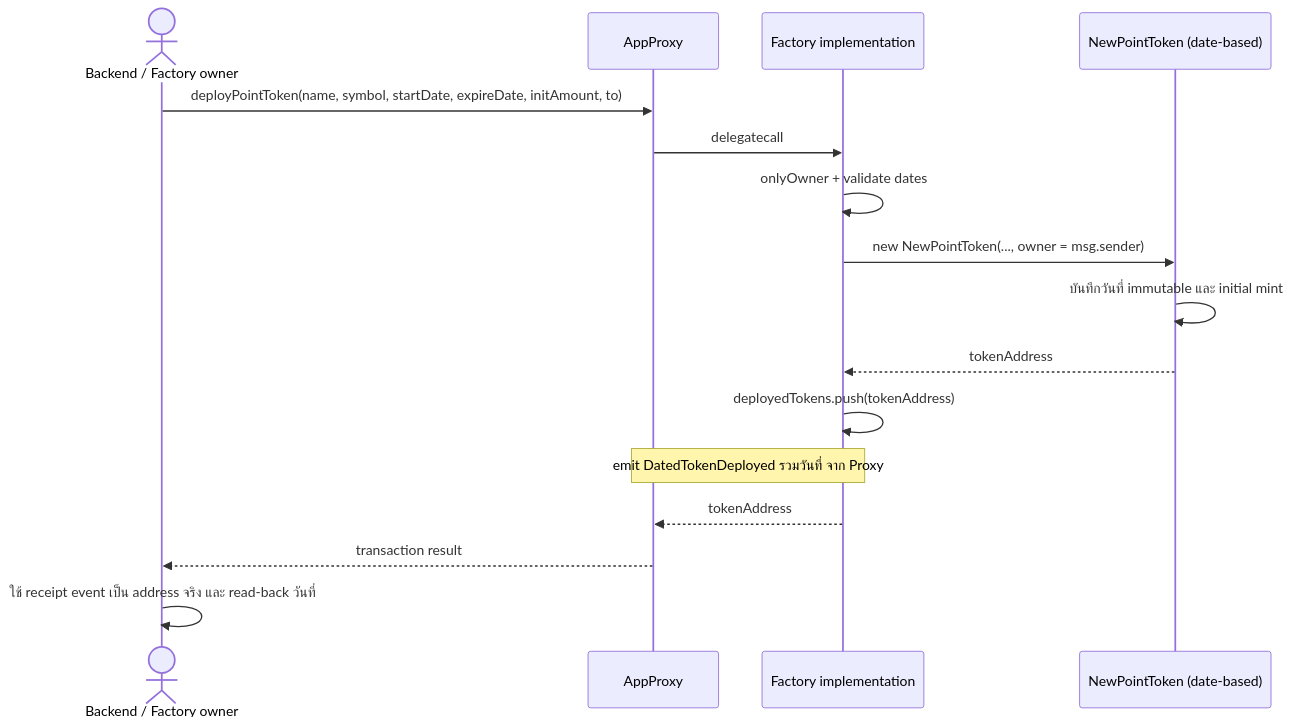
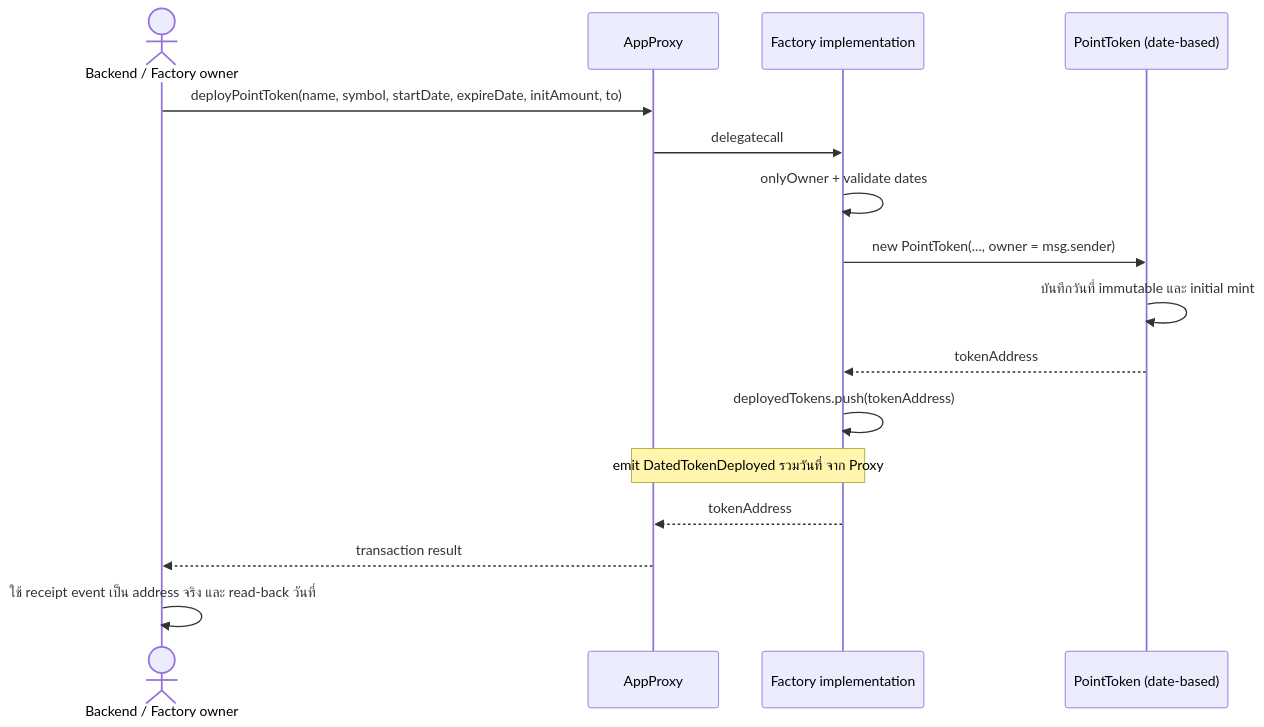
Before and after one commit to subtawe/blockchain_point_loyalty: the first of 3 diagrams in docs/POINT_DATE_VALIDITY_DESIGN.md, drawn with Mermaid. The commit also changed other lines of this file and 28 other files, not shown here.

````diff
--- a/docs/POINT_DATE_VALIDITY_DESIGN.md
+++ b/docs/POINT_DATE_VALIDITY_DESIGN.md
@@ -202,18 +202,18 @@
 ```mermaid
 sequenceDiagram
     actor B as Backend / Factory owner
     participant P as AppProxy
     participant F as Factory implementation
-    participant T as NewPointToken (date-based)
+    participant T as PointToken (date-based)
     B->>P: deployPointToken(name, symbol, startDate, expireDate, initAmount, to)
     P->>F: delegatecall
     F->>F: onlyOwner + validate dates
-    F->>T: new NewPointToken(..., owner = msg.sender)
+    F->>T: new PointToken(..., owner = msg.sender)
     T->>T: บันทึกวันที่ immutable และ initial mint
     T-->>F: tokenAddress
     F->>F: deployedTokens.push(tokenAddress)
     Note over P,F: emit DatedTokenDeployed รวมวันที่ จาก Proxy
     F-->>P: tokenAddress
     P-->>B: transaction result
     B->>B: ใช้ receipt event เป็น address จริง และ read-back วันที่
 ```
````
